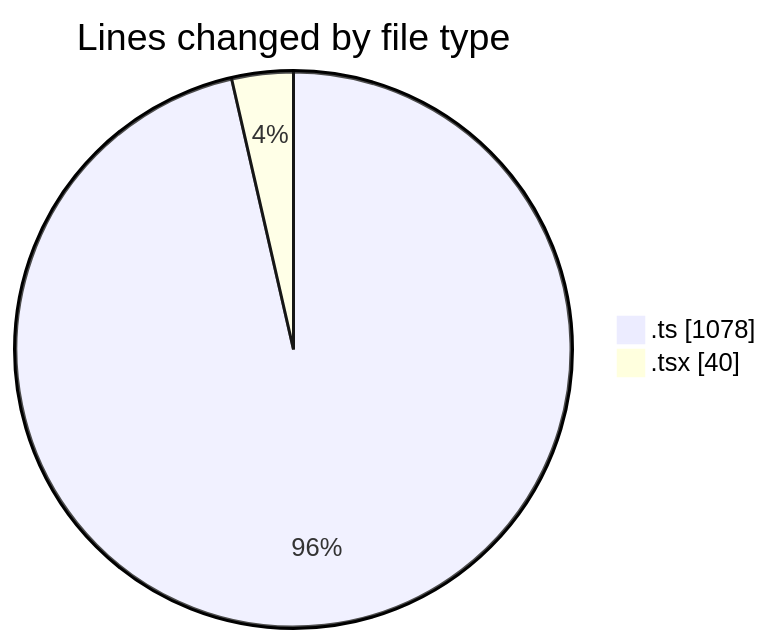
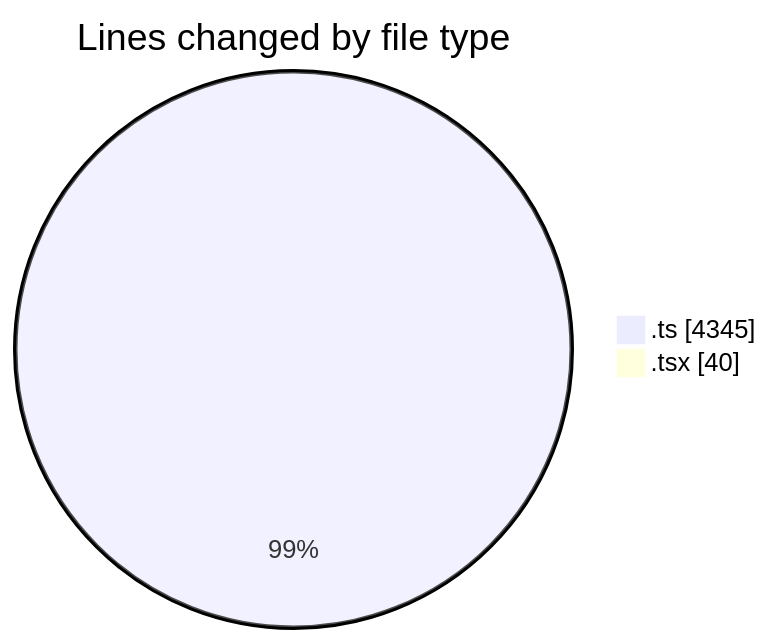
One commit to CELIANVF/code-tracking changed the first of 2 diagrams in 2025-06-06/ecodeli-1/README.md. Above: the diagram before and after it, drawn with Mermaid. The commit also changed other lines of this file and 1 other file, not shown here.

````diff
--- a/2025-06-06/ecodeli-1/README.md
+++ b/2025-06-06/ecodeli-1/README.md
@@ -27,6 +30,6 @@
 ```mermaid
 pie showData
 title Lines changed by file type
-".ts" : 1078
+".ts" : 4345
 ".tsx" : 40
 ```
````
